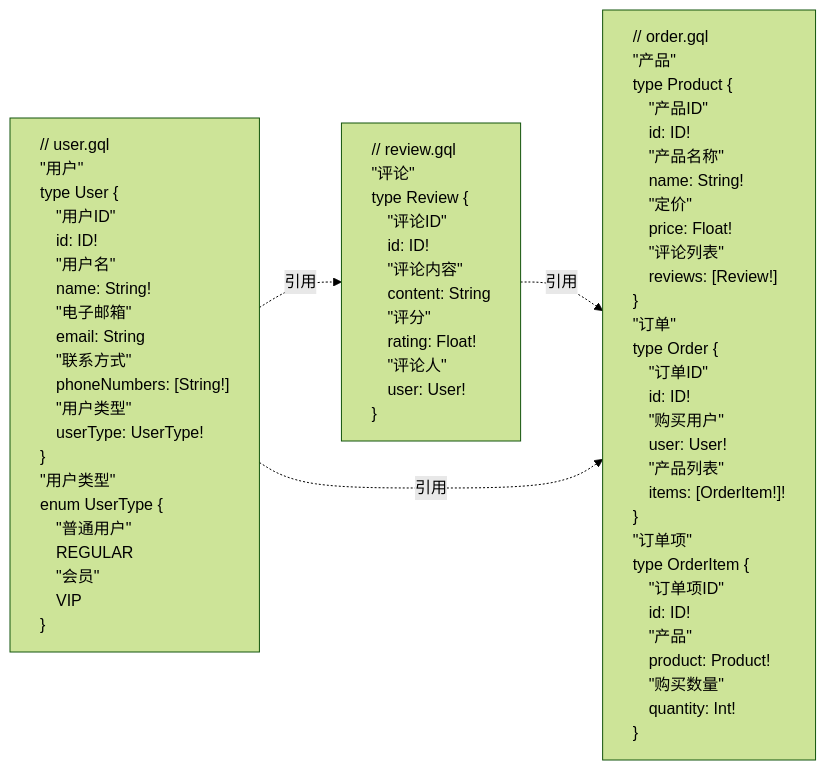
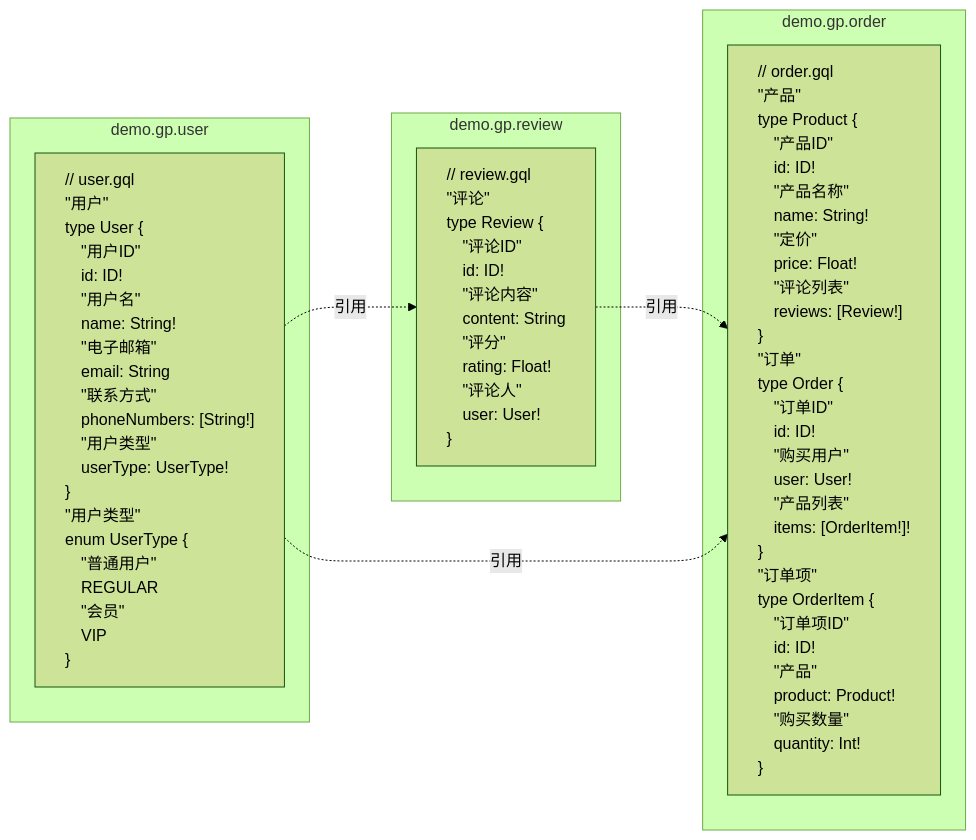
Before and after one commit to doukai/gp-doc.github.io: the second of 2 diagrams in docs/distributed/microservices.md, drawn with Mermaid (forest theme). The commit also changed other lines of this file and 1 other file, not shown here.

````diff
--- a/docs/distributed/microservices.md
+++ b/docs/distributed/microservices.md
@@ -130,75 +130,81 @@
 ```mermaid
 flowchart LR
-    order["// order.gql
-    &quot;产品&quot;
-    type Product {
-    &emsp;&quot;产品ID&quot;
-    &emsp;id: ID!
-    &emsp;&quot;产品名称&quot;
-    &emsp;name: String!
-    &emsp;&quot;定价&quot;
-    &emsp;price: Float!
-    &emsp;&quot;评论列表&quot;
-    &emsp;reviews: [Review!]
-    }
+    subgraph demo.gp.order
+      order["// order.gql
+      &quot;产品&quot;
+      type Product {
+      &emsp;&quot;产品ID&quot;
+      &emsp;id: ID!
+      &emsp;&quot;产品名称&quot;
+      &emsp;name: String!
+      &emsp;&quot;定价&quot;
+      &emsp;price: Float!
+      &emsp;&quot;评论列表&quot;
+      &emsp;reviews: [Review!]
+      }
 
-    &quot;订单&quot;
-    type Order {
-    &emsp;&quot;订单ID&quot;
-    &emsp;id: ID!
-    &emsp;&quot;购买用户&quot;
-    &emsp;user: User!
-    &emsp;&quot;产品列表&quot;
-    &emsp;items: [OrderItem!]!
-    }
+      &quot;订单&quot;
+      type Order {
+      &emsp;&quot;订单ID&quot;
+      &emsp;id: ID!
+      &emsp;&quot;购买用户&quot;
+      &emsp;user: User!
+      &emsp;&quot;产品列表&quot;
+      &emsp;items: [OrderItem!]!
+      }
 
-    &quot;订单项&quot;
-    type OrderItem {
-    &emsp;&quot;订单项ID&quot;
-    &emsp;id: ID!
-    &emsp;&quot;产品&quot;
-    &emsp;product: Product!
-    &emsp;&quot;购买数量&quot;
-    &emsp;quantity: Int!
-    }"]
-    review["// review.gql
-    &quot;评论&quot;
-    type Review {
-    &emsp;&quot;评论ID&quot;
-    &emsp;id: ID!
-    &emsp;&quot;评论内容&quot;
-    &emsp;content: String
-    &emsp;&quot;评分&quot;
-    &emsp;rating: Float!
-    &emsp;&quot;评论人&quot;
-    &emsp;user: User!
-    }"]
-    user["// user.gql
-    &quot;用户&quot;
-    type User {
-    &emsp;&quot;用户ID&quot;
-    &emsp;id: ID!
-    &emsp;&quot;用户名&quot;
-    &emsp;name: String!
-    &emsp;&quot;电子邮箱&quot;
-    &emsp;email: String
-    &emsp;&quot;联系方式&quot;
-    &emsp;phoneNumbers: [String!]
-    &emsp;&quot;用户类型&quot;
-    &emsp;userType: UserType!
-    }
+      &quot;订单项&quot;
+      type OrderItem {
+      &emsp;&quot;订单项ID&quot;
+      &emsp;id: ID!
+      &emsp;&quot;产品&quot;
+      &emsp;product: Product!
+      &emsp;&quot;购买数量&quot;
+      &emsp;quantity: Int!
+      }"]
+    end
+    subgraph demo.gp.review
+      review["// review.gql
+      &quot;评论&quot;
+      type Review {
+      &emsp;&quot;评论ID&quot;
+      &emsp;id: ID!
+      &emsp;&quot;评论内容&quot;
+      &emsp;content: String
+      &emsp;&quot;评分&quot;
+      &emsp;rating: Float!
+      &emsp;&quot;评论人&quot;
+      &emsp;user: User!
+      }"]
+    end
+    subgraph demo.gp.user
+      user["// user.gql
+      &quot;用户&quot;
+      type User {
+      &emsp;&quot;用户ID&quot;
+      &emsp;id: ID!
+      &emsp;&quot;用户名&quot;
+      &emsp;name: String!
+      &emsp;&quot;电子邮箱&quot;
+      &emsp;email: String
+      &emsp;&quot;联系方式&quot;
+      &emsp;phoneNumbers: [String!]
+      &emsp;&quot;用户类型&quot;
+      &emsp;userType: UserType!
+      }
 
-    &quot;用户类型&quot;
-    enum UserType {
-    &emsp;&quot;普通用户&quot;
-    &emsp;REGULAR
-    &emsp;&quot;会员&quot;
-    &emsp;VIP
-    }"]
+      &quot;用户类型&quot;
+      enum UserType {
+      &emsp;&quot;普通用户&quot;
+      &emsp;REGULAR
+      &emsp;&quot;会员&quot;
+      &emsp;VIP
+      }"]
+    end
     user -. 引用 .-> review
     review -. 引用 .-> order
     user -. 引用 .-> order
     style order text-align:left
     style review text-align:left
     style user text-align:left
 ```
````
